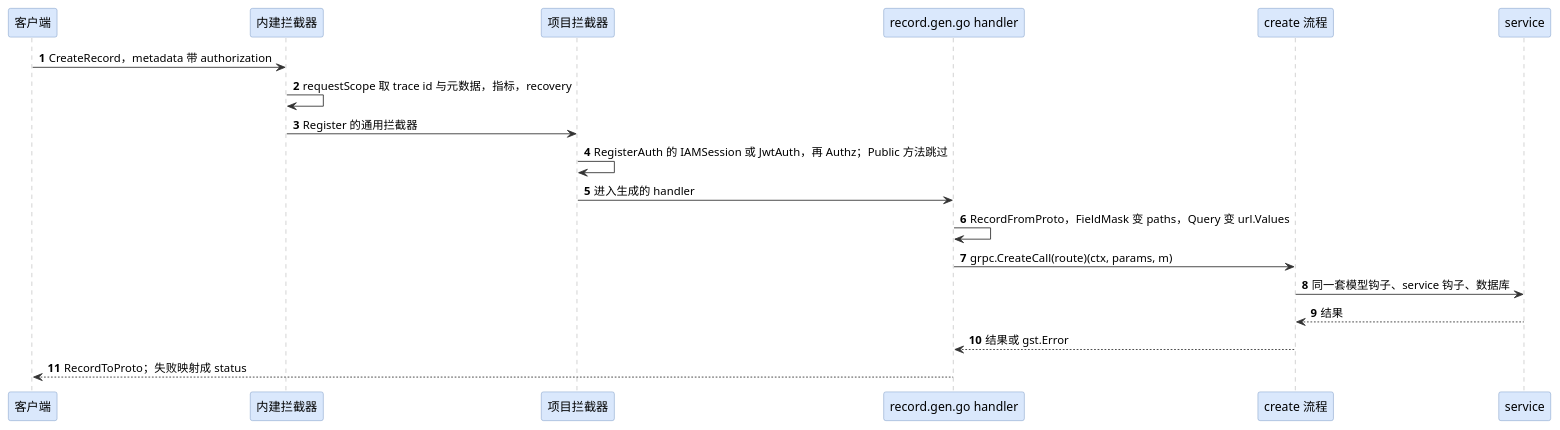
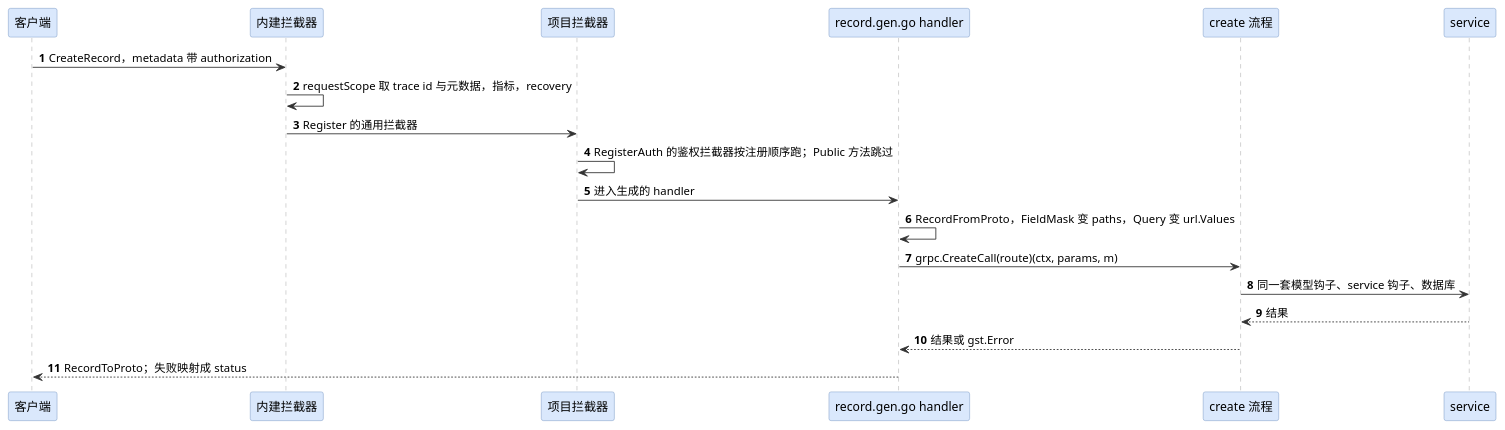
One commit to hydroan/gst changed the second of 3 diagrams in TRANSPORTS.md. Above: the diagram before and after it, drawn with PlantUML. The commit also changed other lines of this file and 2 other files, not shown here.

First line of the commit message:
docs: keep TRANSPORTS.md to the core's own inputs and register the empty filter value the transports answer differently

````diff
--- a/TRANSPORTS.md
+++ b/TRANSPORTS.md
@@ -103,32 +103,32 @@
 ```plantuml
 @startuml
 autonumber
 skinparam participant {
   BackgroundColor #dae8fc
   BorderColor #6c8ebf
 }
 skinparam sequence {
   ArrowColor #333333
   LifeLineBorderColor #999999
 }
 
 participant "客户端" as client
 participant "内建拦截器" as builtin
 participant "项目拦截器" as project
 participant "record.gen.go handler" as handler
 participant "create 流程" as flow
 participant "service" as svc
 
 client -> builtin : CreateRecord，metadata 带 authorization
 builtin -> builtin : requestScope 取 trace id 与元数据，指标，recovery
 builtin -> project : Register 的通用拦截器
-project -> project : RegisterAuth 的 IAMSession 或 JwtAuth，再 Authz；Public 方法跳过
+project -> project : RegisterAuth 的鉴权拦截器按注册顺序跑；Public 方法跳过
 project -> handler : 进入生成的 handler
 handler -> handler : RecordFromProto，FieldMask 变 paths，Query 变 url.Values
 handler -> flow : grpc.CreateCall(route)(ctx, params, m)
 flow -> svc : 同一套模型钩子、service 钩子、数据库
 svc --> flow : 结果
 flow --> handler : 结果或 gst.Error
 handler --> client : RecordToProto；失败映射成 status
 @enduml
 ```
````
